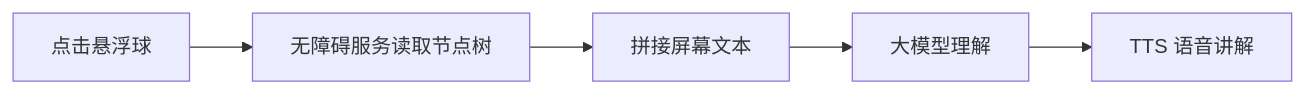
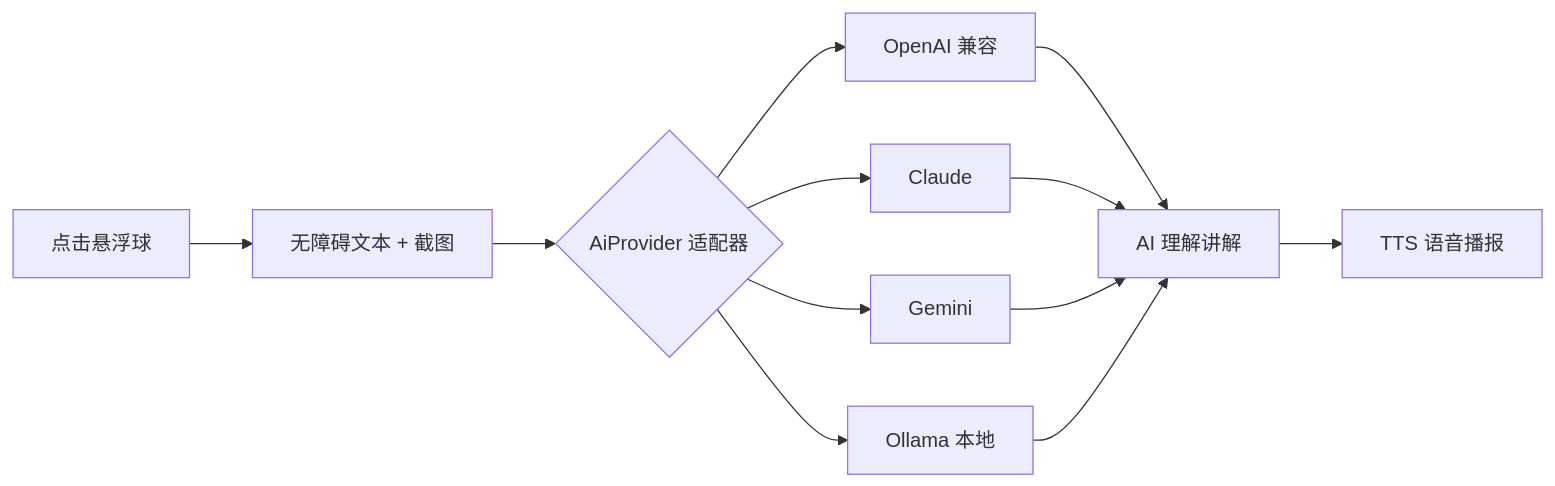
One commit to dhc979917-ux/- changed the first of 2 diagrams in README.md. Above: the diagram before and after it, drawn with Mermaid. The commit also changed other lines of this file, not shown here.

Commit message:
README 同步 v0.2：多模型适配器、截图多模态、设置页与新路线图

````diff
--- a/README.md
+++ b/README.md
@@ -43,7 +44,14 @@
 ```mermaid
 flowchart LR
-    A[点击悬浮球] --> B[无障碍服务读取节点树]
-    B --> C[拼接屏幕文本]
-    C --> D[大模型理解]
-    D --> E[TTS 语音讲解]
+    A[点击悬浮球] --> B[无障碍文本 + 截图]
+    B --> C{AiProvider 适配器}
+    C --> D[OpenAI 兼容]
+    C --> E[Claude]
+    C --> F[Gemini]
+    C --> G[Ollama 本地]
+    D --> H[AI 理解讲解]
+    E --> H
+    F --> H
+    G --> H
+    H --> I[TTS 语音播报]
 ```
````
